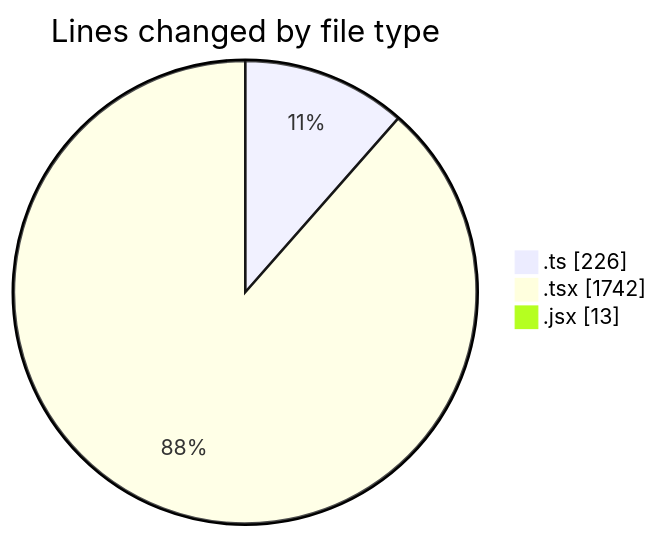
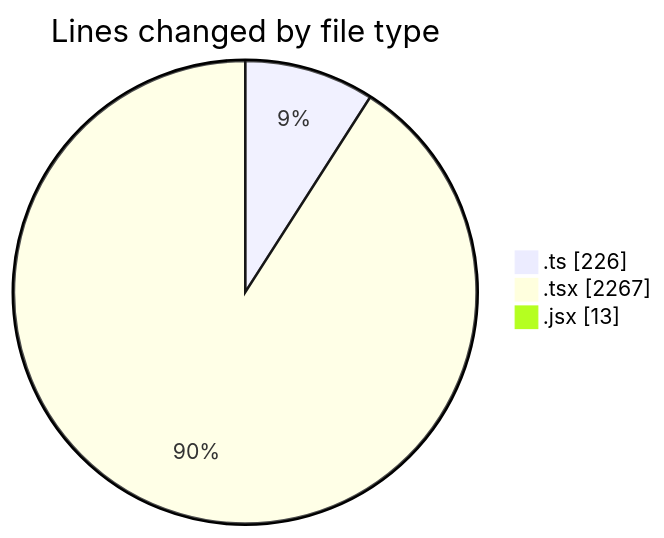
The first of 2 diagrams in 2025-12-02/cda/README.md (momahboobian/code-tracking), drawn with Mermaid before and after one commit. The commit also changed other lines of this file and 1 other file, not shown here.

````diff
--- a/2025-12-02/cda/README.md
+++ b/2025-12-02/cda/README.md
@@ -27,7 +28,7 @@
 ```mermaid
 pie showData
 title Lines changed by file type
 ".ts" : 226
-".tsx" : 1742
+".tsx" : 2267
 ".jsx" : 13
 ```
````
